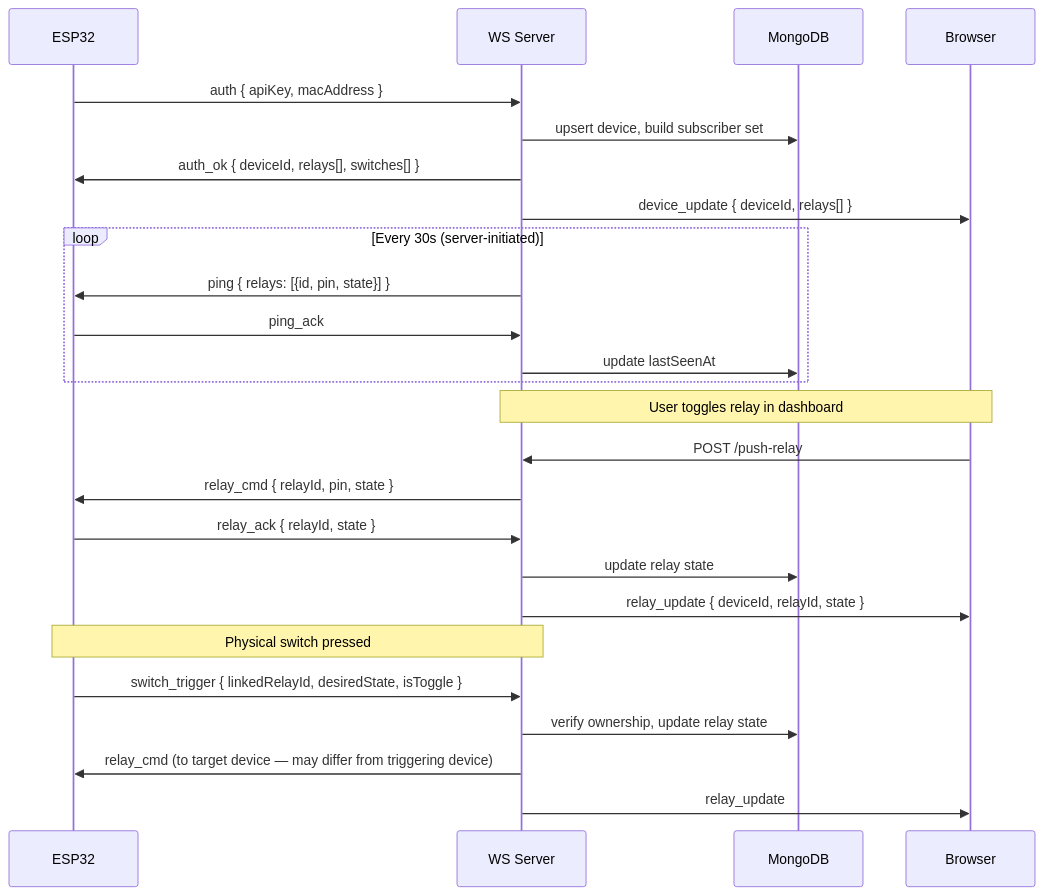
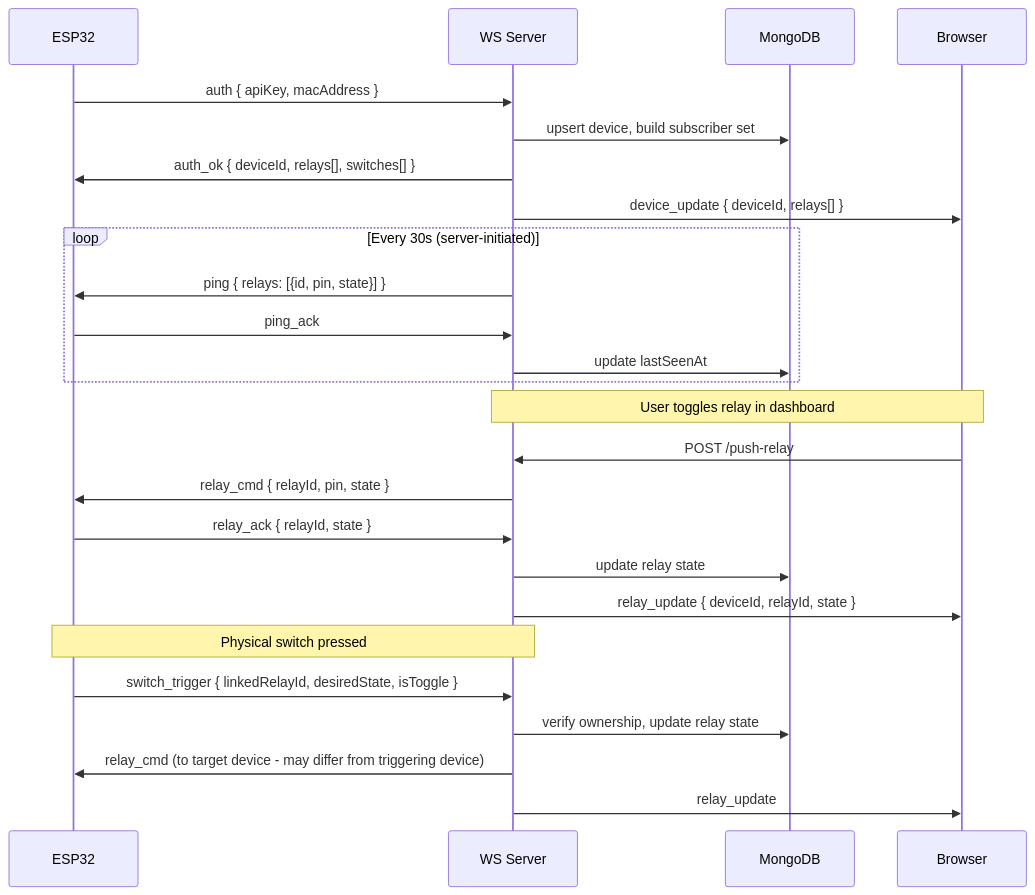
Before and after one commit to paraswtf/smarthub: the first of 2 diagrams in docs/websocket-protocol.md, drawn with Mermaid. The commit also changed other lines of this file and 58 other files, not shown here.

````diff
--- a/docs/websocket-protocol.md
+++ b/docs/websocket-protocol.md
@@ -16,31 +16,31 @@
 ```mermaid
 sequenceDiagram
     participant ESP as ESP32
     participant WS as WS Server
     participant DB as MongoDB
     participant BR as Browser
 
     ESP->>WS: auth { apiKey, macAddress }
     WS->>DB: upsert device, build subscriber set
     WS->>ESP: auth_ok { deviceId, relays[], switches[] }
     WS->>BR: device_update { deviceId, relays[] }
 
     loop Every 30s (server-initiated)
         WS->>ESP: ping { relays: [{id, pin, state}] }
         ESP->>WS: ping_ack
         WS->>DB: update lastSeenAt
     end
 
     Note over BR,WS: User toggles relay in dashboard
     BR->>WS: POST /push-relay
     WS->>ESP: relay_cmd { relayId, pin, state }
     ESP->>WS: relay_ack { relayId, state }
     WS->>DB: update relay state
     WS->>BR: relay_update { deviceId, relayId, state }
 
     Note over ESP,WS: Physical switch pressed
     ESP->>WS: switch_trigger { linkedRelayId, desiredState, isToggle }
     WS->>DB: verify ownership, update relay state
-    WS->>ESP: relay_cmd (to target device — may differ from triggering device)
+    WS->>ESP: relay_cmd (to target device - may differ from triggering device)
     WS->>BR: relay_update
 ```
````
